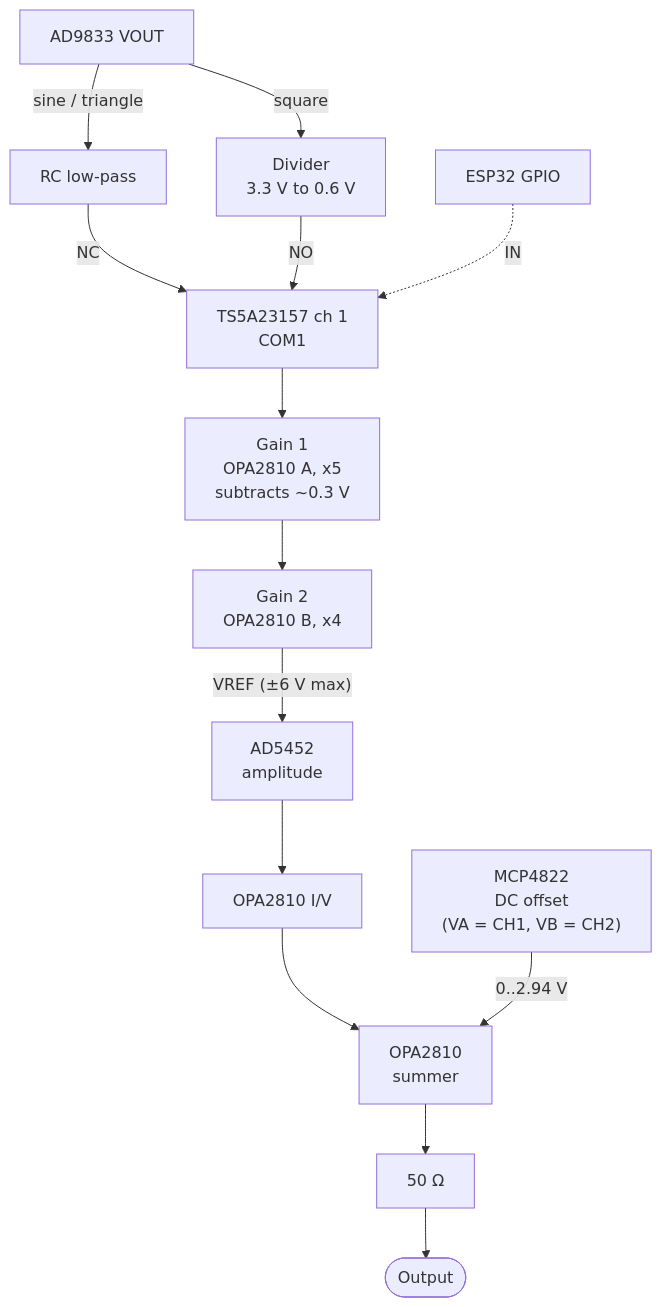
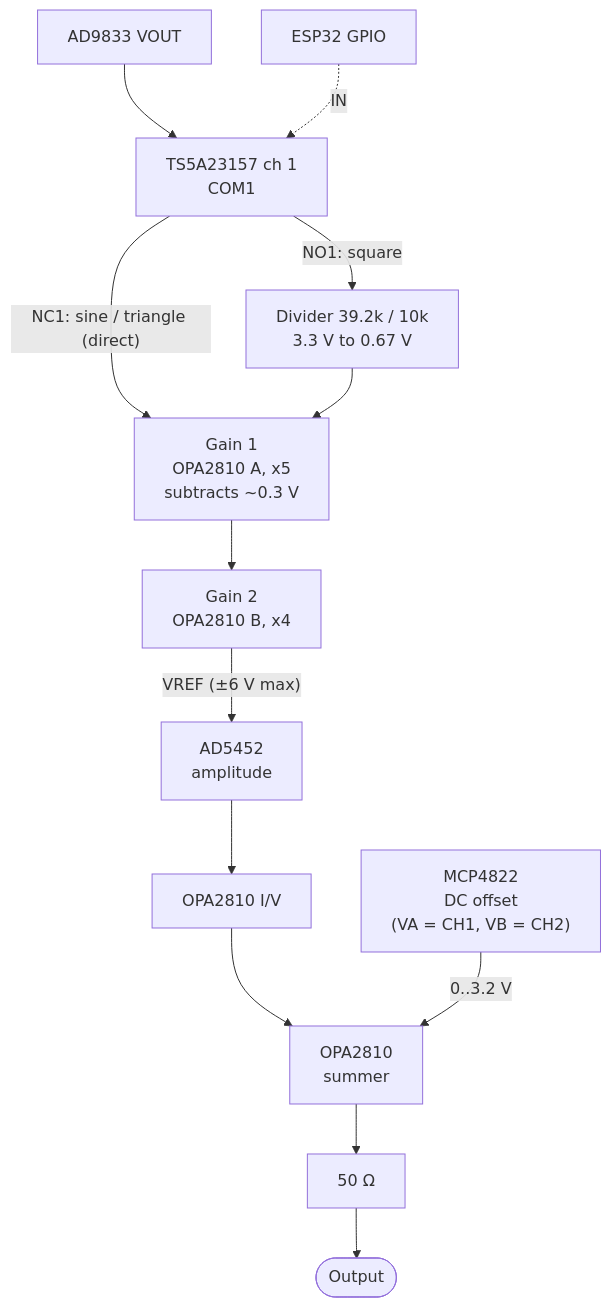
The diagram in docs/parts.md (R0mba-Na11avan/425_Function_Generator), drawn with Mermaid before and after one commit. The commit also changed other lines of this file and 25 other files, not shown here.

````diff
--- a/docs/parts.md
+++ b/docs/parts.md
@@ -21,23 +22,23 @@
 ```mermaid
 flowchart TD
     DDS["AD9833 VOUT"]
-    LPF["RC low-pass"]
-    DIV["Divider<br/>3.3 V to 0.6 V"]
+    DIV["Divider 39.2k / 10k<br/>3.3 V to 0.67 V"]
     SW["TS5A23157 ch 1<br/>COM1"]
     GPIO["ESP32 GPIO"]
     G1["Gain 1<br/>OPA2810 A, x5<br/>subtracts ~0.3 V"]
     G2["Gain 2<br/>OPA2810 B, x4"]
     AMP["AD5452<br/>amplitude"]
     AIV["OPA2810 I/V"]
     OFS["MCP4822<br/>DC offset<br/>(VA = CH1, VB = CH2)"]
     SUM["OPA2810<br/>summer"]
     R50["50 Ω"]
     OUT(["Output"])
 
-    DDS -->|sine / triangle| LPF -->|NC| SW
-    DDS -->|square| DIV -->|NO| SW
+    DDS --> SW
+    SW -->|"NC1: sine / triangle (direct)"| G1
+    SW -->|"NO1: square"| DIV --> G1
     GPIO -.->|IN| SW
-    SW --> G1 --> G2 -->|"VREF (±6 V max)"| AMP --> AIV --> SUM
-    OFS -->|"0..2.94 V"| SUM
+    G1 --> G2 -->|"VREF (±6 V max)"| AMP --> AIV --> SUM
+    OFS -->|"0..3.2 V"| SUM
     SUM --> R50 --> OUT
 ```
````
